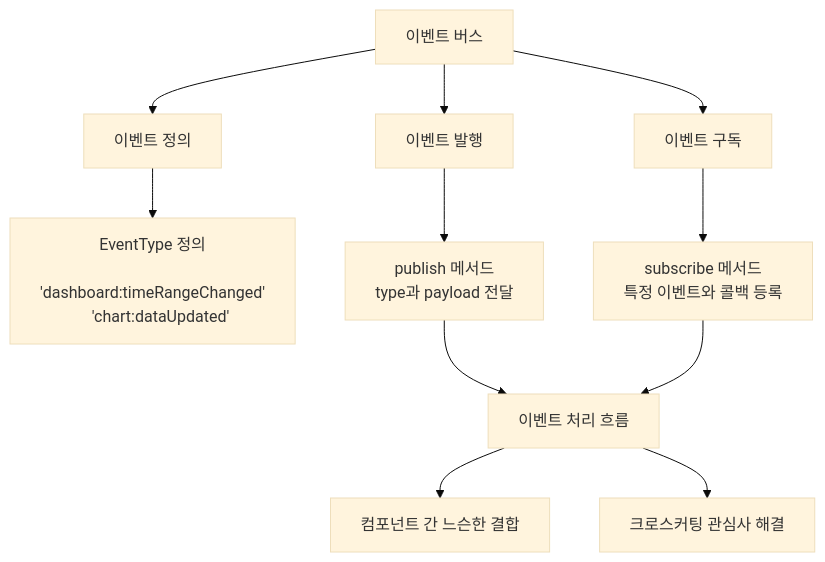
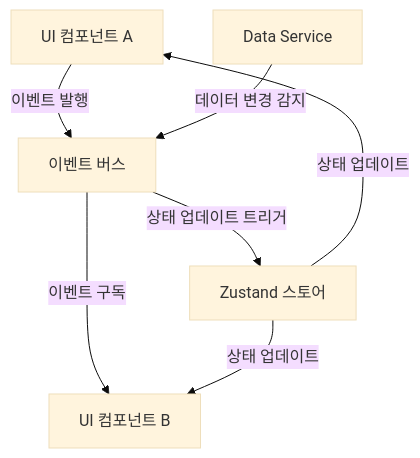
The third of 3 diagrams in frontend/state-management.md (Seungwoo321/etorch-docs), drawn with Mermaid (base theme) before and after one commit. The commit also changed other lines of this file, not shown here.

````diff
--- a/frontend/state-management.md
+++ b/frontend/state-management.md
@@ -412,22 +659,9 @@
 ```mermaid
-graph TD
-    A[이벤트 버스] --> B[이벤트 정의]
-    A --> C[이벤트 발행]
-    A --> D[이벤트 구독]
-    
-    B --> B1["EventType 정의
-    'dashboard:timeRangeChanged'
-    'chart:dataUpdated'"]
-    
-    C --> C1["publish 메서드
-    type과 payload 전달"]
-    
-    D --> D1["subscribe 메서드
-    특정 이벤트와 콜백 등록"]
-    
-    C1 --> E[이벤트 처리 흐름]
-    D1 --> E
-    
-    E --> E1[컴포넌트 간 느슨한 결합]
-    E --> E2[크로스커팅 관심사 해결]
+flowchart TD
+    A[UI 컴포넌트 A] -->|이벤트 발행| B[이벤트 버스]
+    B -->|이벤트 구독| C[UI 컴포넌트 B]
+    D[Data Service] -->|데이터 변경 감지| B
+    B -->|상태 업데이트 트리거| E[Zustand 스토어]
+    E -->|상태 업데이트| A
+    E -->|상태 업데이트| C
 ```
````
